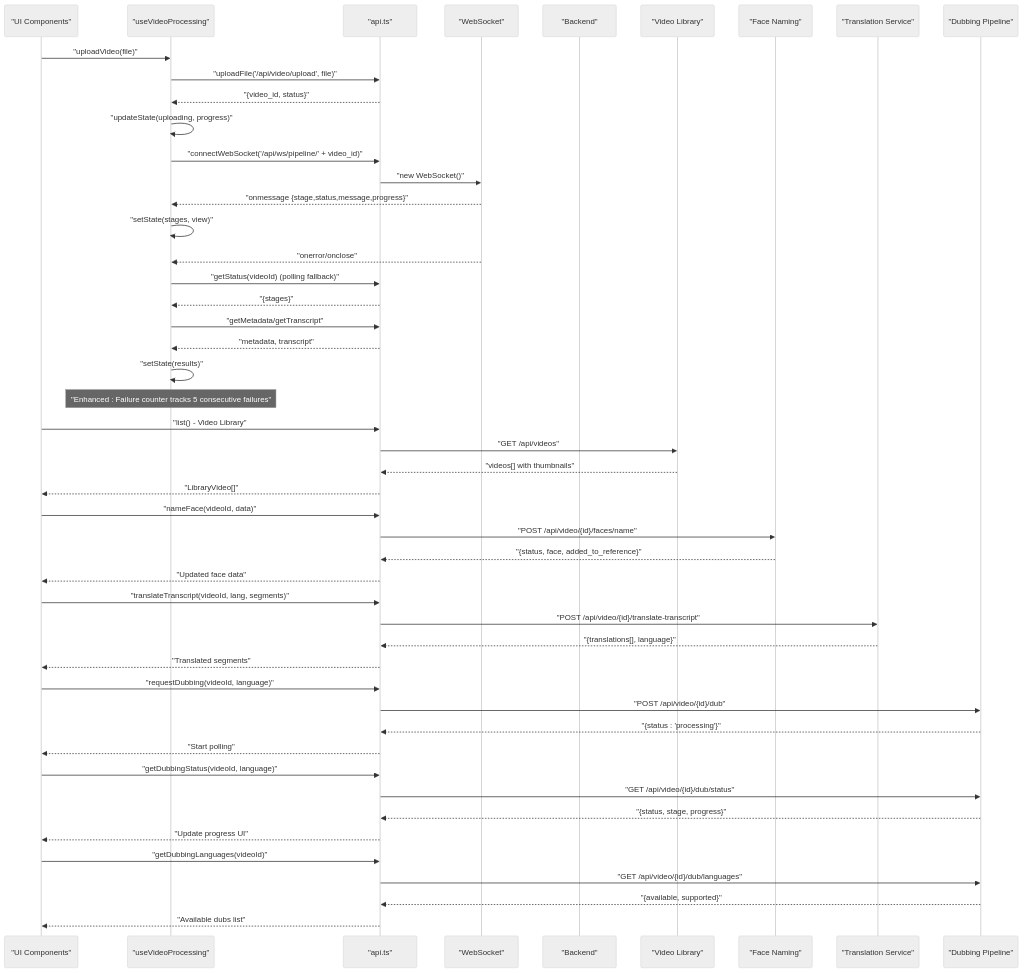
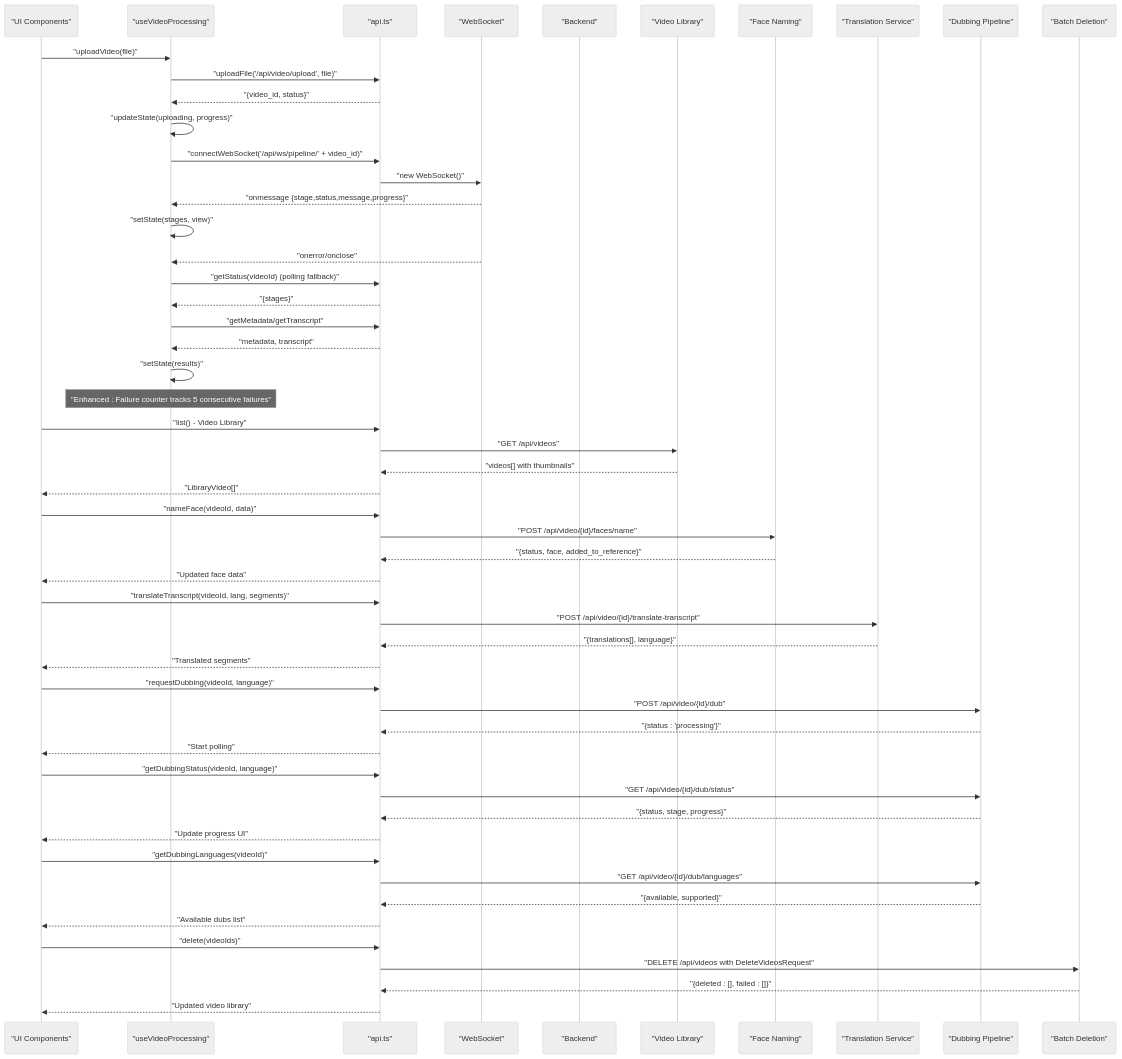
The second of 3 diagrams in .qoder/repowiki/en/content/Frontend Application/API Integration & State Management.md (alexandreybasta-cyber/dubai-media-ai), drawn with Mermaid (neutral theme) before and after one commit. The commit also changed other lines of this file and 43 other files, not shown here.

````diff
--- a/.qoder/repowiki/en/content/Frontend Application/API Integration & State Management.md
+++ b/.qoder/repowiki/en/content/Frontend Application/API Integration & State Management.md
@@ -214,51 +227,56 @@
 ```mermaid
 sequenceDiagram
 participant UI as "UI Components"
 participant Hook as "useVideoProcessing"
 participant API as "api.ts"
 participant WS as "WebSocket"
 participant BE as "Backend"
 participant Lib as "Video Library"
 participant Face as "Face Naming"
 participant Trans as "Translation Service"
 participant Dub as "Dubbing Pipeline"
+participant Del as "Batch Deletion"
 UI->>Hook : "uploadVideo(file)"
 Hook->>API : "uploadFile('/api/video/upload', file)"
 API-->>Hook : "{video_id, status}"
 Hook->>Hook : "updateState(uploading, progress)"
 Hook->>API : "connectWebSocket('/api/ws/pipeline/' + video_id)"
 API->>WS : "new WebSocket()"
 WS-->>Hook : "onmessage {stage,status,message,progress}"
 Hook->>Hook : "setState(stages, view)"
 WS-->>Hook : "onerror/onclose"
 Hook->>API : "getStatus(videoId) (polling fallback)"
 API-->>Hook : "{stages}"
 Hook->>API : "getMetadata/getTranscript"
 API-->>Hook : "metadata, transcript"
 Hook->>Hook : "setState(results)"
 Note over Hook : "Enhanced : Failure counter tracks 5 consecutive failures"
 UI->>API : "list() - Video Library"
 API->>Lib : "GET /api/videos"
 Lib-->>API : "videos[] with thumbnails"
 API-->>UI : "LibraryVideo[]"
 UI->>API : "nameFace(videoId, data)"
 API->>Face : "POST /api/video/{id}/faces/name"
 Face-->>API : "{status, face, added_to_reference}"
 API-->>UI : "Updated face data"
 UI->>API : "translateTranscript(videoId, lang, segments)"
 API->>Trans : "POST /api/video/{id}/translate-transcript"
 Trans-->>API : "{translations[], language}"
 API-->>UI : "Translated segments"
 UI->>API : "requestDubbing(videoId, language)"
 API->>Dub : "POST /api/video/{id}/dub"
 Dub-->>API : "{status : 'processing'}"
 API-->>UI : "Start polling"
 UI->>API : "getDubbingStatus(videoId, language)"
 API->>Dub : "GET /api/video/{id}/dub/status"
 Dub-->>API : "{status, stage, progress}"
 API-->>UI : "Update progress UI"
 UI->>API : "getDubbingLanguages(videoId)"
 API->>Dub : "GET /api/video/{id}/dub/languages"
 Dub-->>API : "{available, supported}"
 API-->>UI : "Available dubs list"
+UI->>API : "delete(videoIds)"
+API->>Del : "DELETE /api/videos with DeleteVideosRequest"
+Del-->>API : "{deleted : [], failed : []}"
+API-->>UI : "Updated video library"
 ```
````
